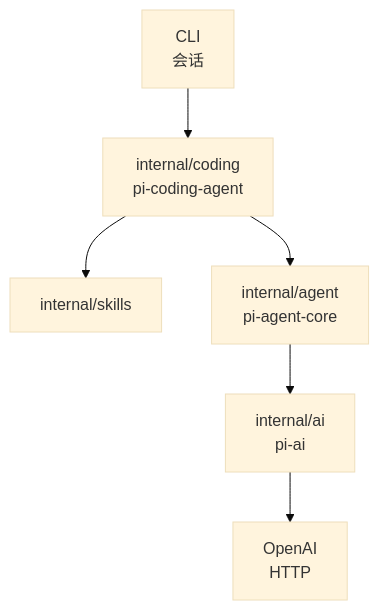
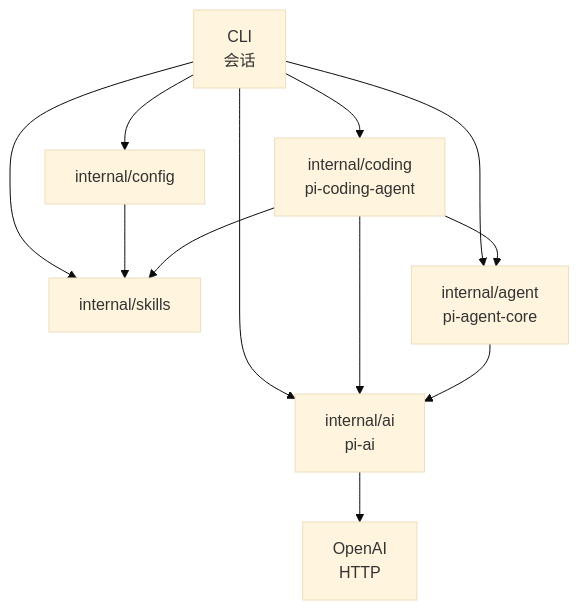
One commit to zyy17/pigo changed the first of 2 diagrams in README.zh-CN.md. Above: the diagram before and after it, drawn with Mermaid (base theme). The commit also changed other lines of this file and 6 other files, not shown here.

First line of the commit message:
docs: match the layer graph and the chat screen

````diff
--- a/README.zh-CN.md
+++ b/README.zh-CN.md
@@ -11,14 +11,21 @@
 ```mermaid
 flowchart TD
     cli["CLI<br/>会话"]
+    config["internal/config"]
     coding["internal/coding<br/>pi-coding-agent"]
     skills["internal/skills"]
     agent["internal/agent<br/>pi-agent-core"]
     ai["internal/ai<br/>pi-ai"]
     http["OpenAI<br/>HTTP"]
+    cli --> config
     cli --> coding
+    cli --> skills
+    cli --> agent
+    cli --> ai
+    config --> skills
     coding --> skills
     coding --> agent
+    coding --> ai
     agent --> ai
     ai --> http
 ```
````
